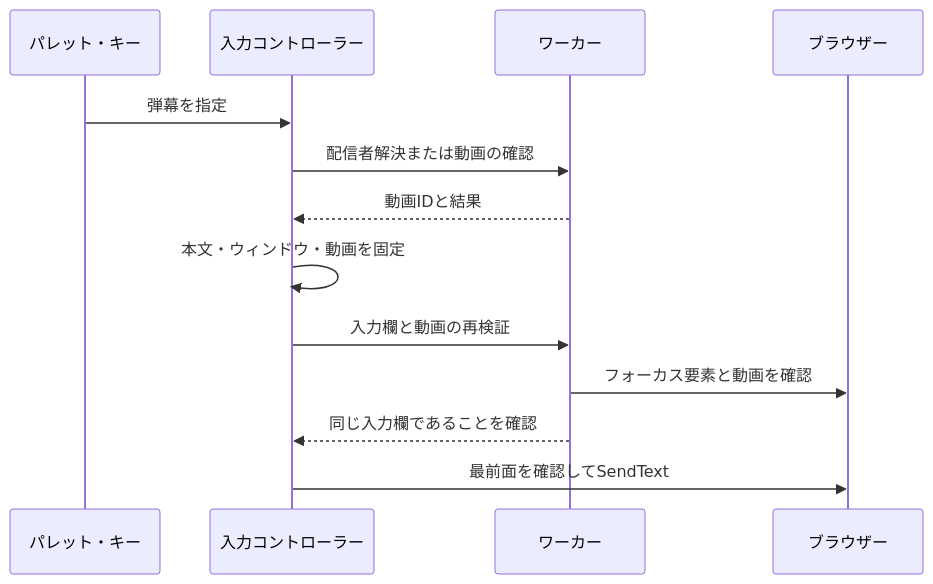
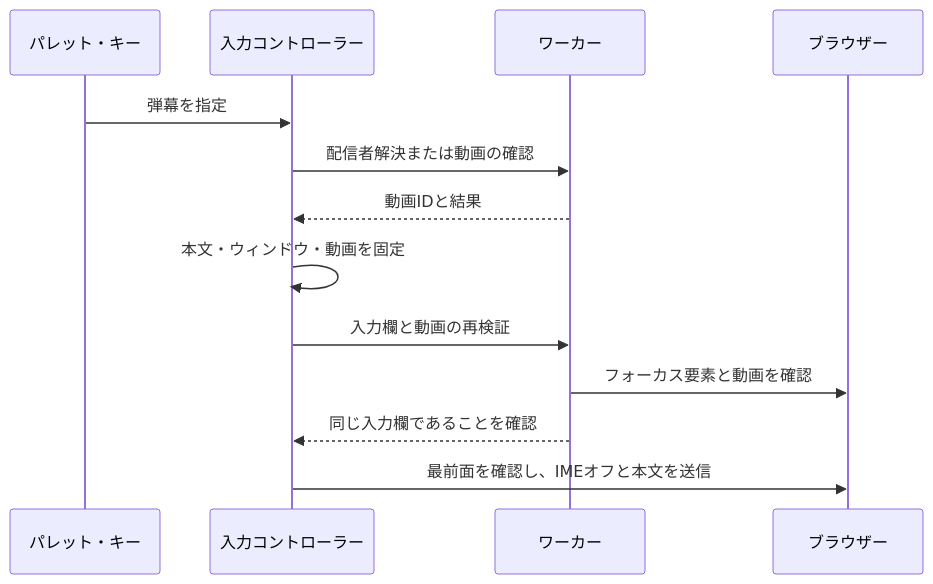
One commit to kitsune-udon/ChatPalette changed the second of 3 diagrams in docs/developer/architecture.md. Above: the diagram before and after it, drawn with Mermaid. The commit also changed other lines of this file and 44 other files, not shown here.

````diff
--- a/docs/developer/architecture.md
+++ b/docs/developer/architecture.md
@@ -64,15 +67,15 @@
 ```mermaid
 sequenceDiagram
     participant U as パレット・キー
     participant A as 入力コントローラー
     participant W as ワーカー
     participant B as ブラウザー
     U->>A: 弾幕を指定
     A->>W: 配信者解決または動画の確認
     W-->>A: 動画IDと結果
     A->>A: 本文・ウィンドウ・動画を固定
     A->>W: 入力欄と動画の再検証
     W->>B: フォーカス要素と動画を確認
     W-->>A: 同じ入力欄であることを確認
-    A->>B: 最前面を確認してSendText
+    A->>B: 最前面を確認し、IMEオフと本文を送信
 ```
````
